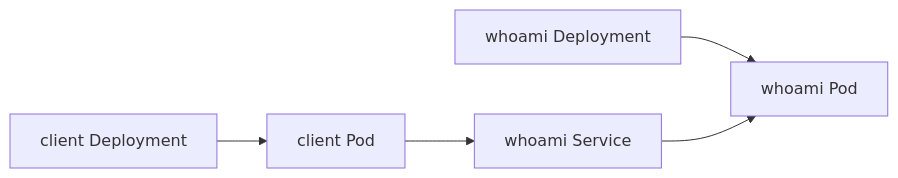
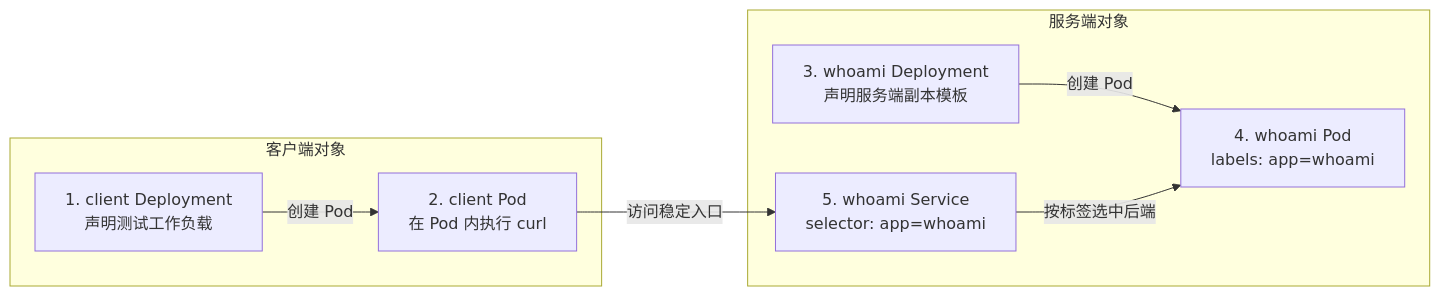
One commit to hwang-protocol/docker_k8s_2026 changed the second of 2 diagrams in k8s/02-cloud-native-networking/docs/04_service_discovery.md. Above: the diagram before and after it, drawn with Mermaid. The commit also changed other lines of this file, not shown here.

````diff
--- a/k8s/02-cloud-native-networking/docs/04_service_discovery.md
+++ b/k8s/02-cloud-native-networking/docs/04_service_discovery.md
@@ -82,13 +69,18 @@
 ```mermaid
 flowchart LR
-  deploy1[whoami Deployment]
-  pod1[whoami Pod]
-  svc[whoami Service]
-  deploy2[client Deployment]
-  pod2[client Pod]
+  subgraph client_side["客户端对象"]
+    deploy2["1. client Deployment<br/>声明测试工作负载"]
+    pod2["2. client Pod<br/>在 Pod 内执行 curl"]
+    deploy2 -->|创建 Pod| pod2
+  end
 
-  deploy1 --> pod1
-  svc --> pod1
-  deploy2 --> pod2
-  pod2 --> svc
+  subgraph server_side["服务端对象"]
+    deploy1["3. whoami Deployment<br/>声明服务端副本模板"]
+    pod1["4. whoami Pod<br/>labels: app=whoami"]
+    svc["5. whoami Service<br/>selector: app=whoami"]
+    deploy1 -->|创建 Pod| pod1
+    svc -->|按标签选中后端| pod1
+  end
+
+  pod2 -->|访问稳定入口| svc
 ```
````
